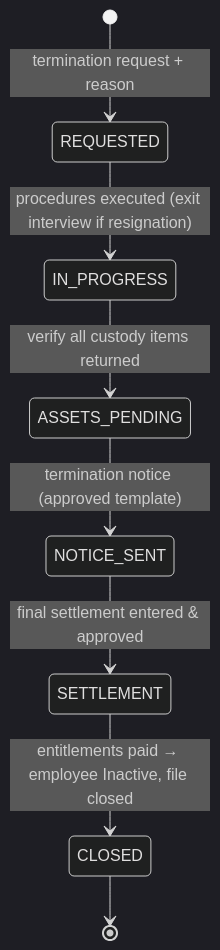
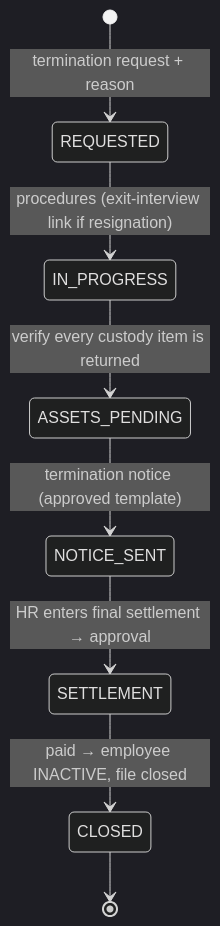
Before and after one commit to basmakamal/employee-onboarding: the second of 2 diagrams in README.md, drawn with Mermaid (dark theme). The commit also changed other lines of this file, not shown here.

````diff
--- a/README.md
+++ b/README.md
@@ -73,10 +376,10 @@
 ```mermaid
 stateDiagram-v2
     [*] --> REQUESTED : termination request + reason
-    REQUESTED --> IN_PROGRESS : procedures executed (exit interview if resignation)
-    IN_PROGRESS --> ASSETS_PENDING : verify all custody items returned
+    REQUESTED --> IN_PROGRESS : procedures (exit-interview link if resignation)
+    IN_PROGRESS --> ASSETS_PENDING : verify every custody item is returned
     ASSETS_PENDING --> NOTICE_SENT : termination notice (approved template)
-    NOTICE_SENT --> SETTLEMENT : final settlement entered & approved
-    SETTLEMENT --> CLOSED : entitlements paid → employee Inactive, file closed
+    NOTICE_SENT --> SETTLEMENT : HR enters final settlement → approval
+    SETTLEMENT --> CLOSED : paid → employee INACTIVE, file closed
     CLOSED --> [*]
 ```
````
